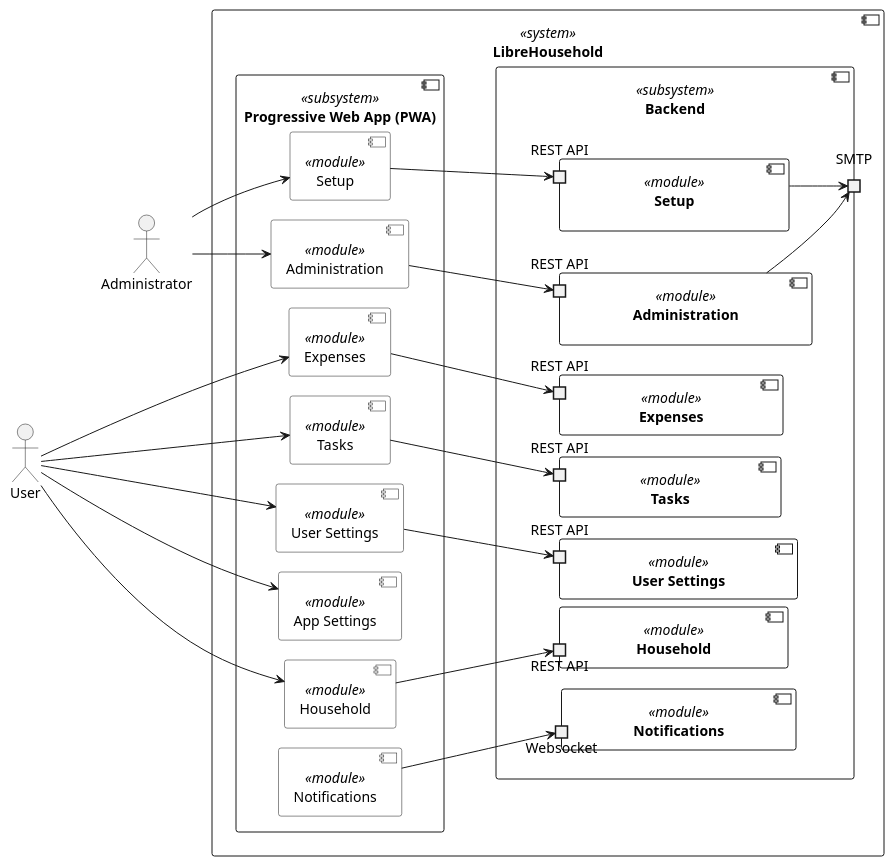
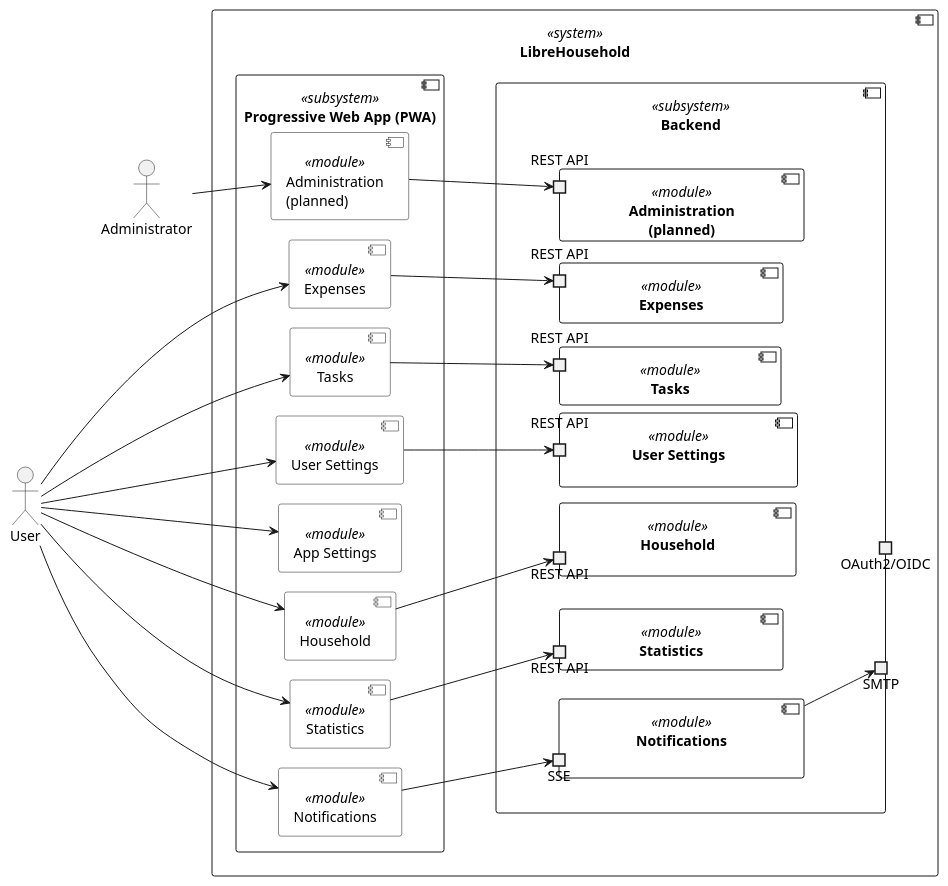
One commit to Nicklas2751/LibreHousehold changed the diagram in docs/architecture/images/building_block_level1.puml. Above: the diagram before and after it, drawn with PlantUML. The commit also changed 8 other files, not shown here.

```diff
--- a/docs/architecture/images/building_block_level1.puml
+++ b/docs/architecture/images/building_block_level1.puml
@@ -1,84 +1,86 @@
 @startuml
 left to right direction
 skinparam componentFontColor automatic
 skinparam component {
   backgroundColor<<module>> $LIGHT
 }
 skinparam node {
 backgroundColor<<external>> #GRAY
 }
 skinparam nodesep 20
 
 component "LibreHousehold" <<system>> as librehousehold {
 
     component "Progressive Web App (PWA)" <<subsystem>> as pwa {
         component "Expenses" <<module>> as fe_expenses
         component "Tasks" <<module>> as fe_tasks
         component "User Settings" <<module>> as fe_user_settings
         component "App Settings" <<module>> as fe_app_settings
         component "Household" <<module>> as fe_household
-        component "Setup" <<module>> as fe_setup
-        component "Administration" <<module>> as fe_administration
+        component "Statistics" <<module>> as fe_statistics
+        component "Administration\n(planned)" <<module>> as fe_administration
         component "Notifications" <<module>> as fe_notifications
     }
 
     component "Backend" <<subsystem>> as backend {
         component "Expenses" <<module>> as be_expenses {
             portIn "REST API" as api_expenses
         }
 
         component "Tasks" <<module>> as be_tasks {
             portIn "REST API" as api_tasks
         }
 
         component "User Settings" <<module>> as be_user_settings {
             portIn "REST API" as api_user_settings
         }
 
         component "Household" <<module>> as be_household {
             portIn "REST API" as api_household
         }
 
-        component "Setup" <<module>> as be_setup {
-            portIn "REST API" as api_setup
+        component "Statistics" <<module>> as be_statistics {
+            portIn "REST API" as api_statistics
         }
 
-        component "Administration" <<module>> as be_administration {
+        component "Administration\n(planned)" <<module>> as be_administration {
             portIn "REST API" as api_administration
         }
 
         component "Notifications" <<module>> as be_notifications {
-            portIn "Websocket" as api_notifications
+            portIn "SSE" as api_notifications
         }
 
         portOut "SMTP" as smtp
+        portOut "OAuth2/OIDC" as oauth
     }
 
 }
 
 actor "User" as user
 actor "Administrator" as admin
 
 user -d-> fe_expenses
 user -d-> fe_tasks
 user -d-> fe_user_settings
 user -d-> fe_app_settings
 user -d-> fe_household
+user -d-> fe_statistics
+user -d-> fe_notifications
 
-admin -d-> fe_setup
 admin -d-> fe_administration
 
 fe_expenses -d-> api_expenses
 fe_tasks -d-> api_tasks
 fe_user_settings -d-> api_user_settings
 fe_household -d-> api_household
-fe_setup -d-> api_setup
+fe_statistics -d-> api_statistics
 fe_administration -d-> api_administration
 fe_notifications -d-> api_notifications
 
-be_setup -d-> smtp
-be_administration -d-> smtp
+be_notifications --> smtp
 
+be_household -[hidden]-> oauth
 user -[hidden]-> admin
 
 @enduml
```
